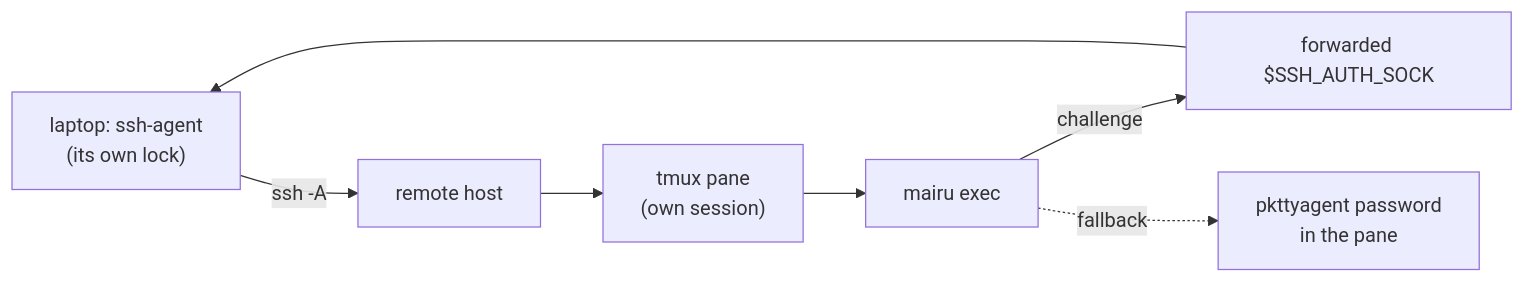
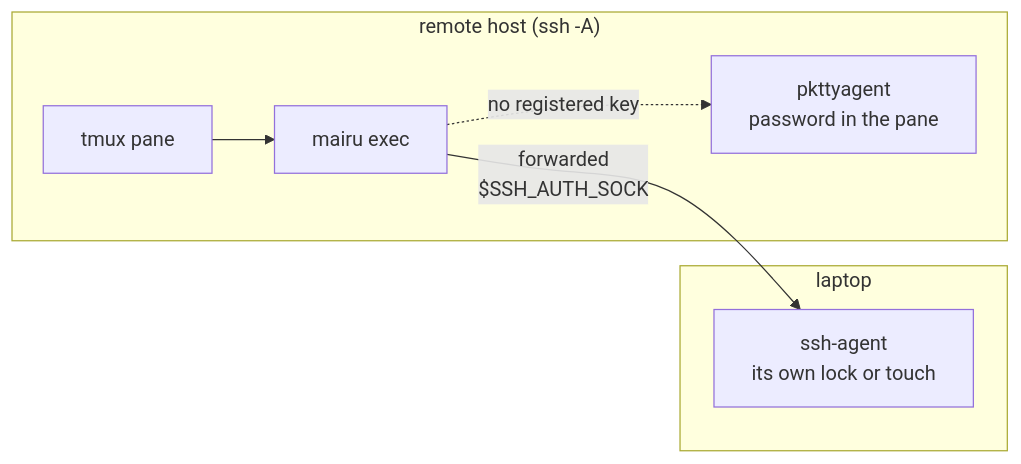
The second of 2 diagrams in docs/specs/013-ssh-agent.md (sorah/mairu), drawn with Mermaid before and after one commit. The commit also changed 17 other files, not shown here.

First line of the commit message:
docs/specs: rework diagrams and helper locations

````diff
--- a/docs/specs/013-ssh-agent.md
+++ b/docs/specs/013-ssh-agent.md
@@ -107,9 +107,11 @@
 ```mermaid
 flowchart LR
-  laptop["laptop: ssh-agent<br/>(its own lock)"] -- "ssh -A" --> host["remote host"]
-  host --> pane["tmux pane<br/>(own session)"]
-  pane --> mairu["mairu exec"]
-  mairu -- "challenge" --> sock["forwarded $SSH_AUTH_SOCK"]
-  sock --> laptop
-  mairu -. "fallback" .-> pk["pkttyagent password<br/>in the pane"]
+  subgraph L["laptop"]
+    K["ssh-agent<br/>its own lock or touch"]
+  end
+  subgraph R["remote host (ssh -A)"]
+    P["tmux pane"] --> M["mairu exec"]
+    M -. "no registered key" .-> T["pkttyagent<br/>password in the pane"]
+  end
+  M -- "forwarded<br/>$SSH_AUTH_SOCK" --> K
 ```
````
